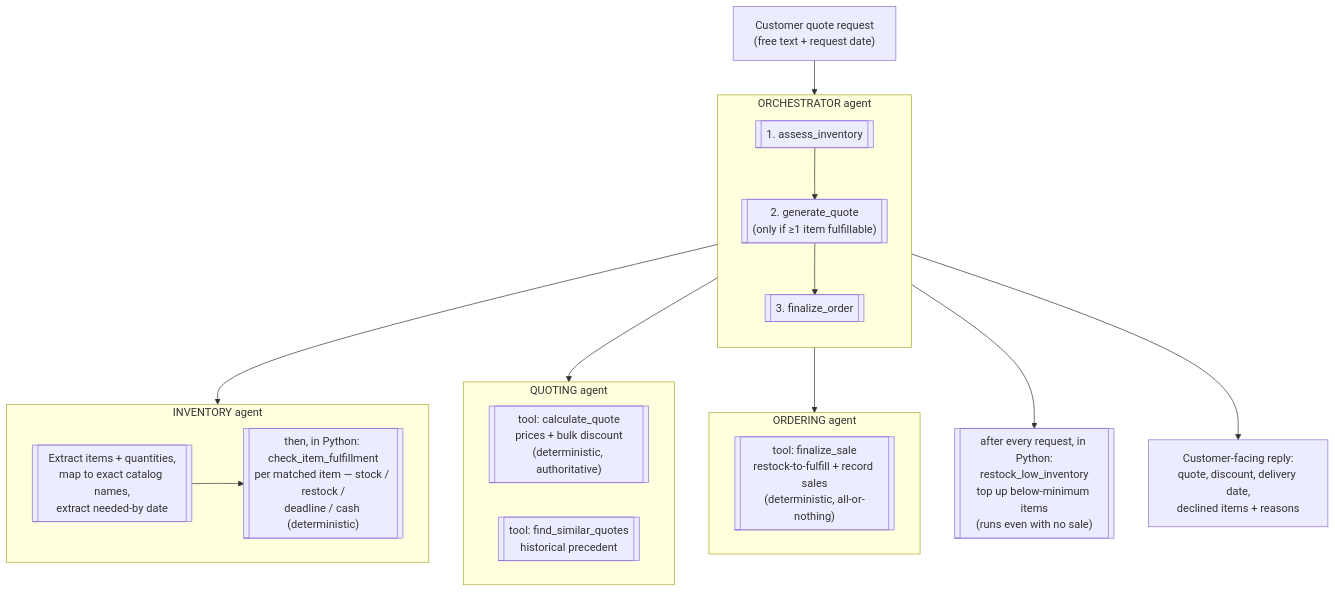
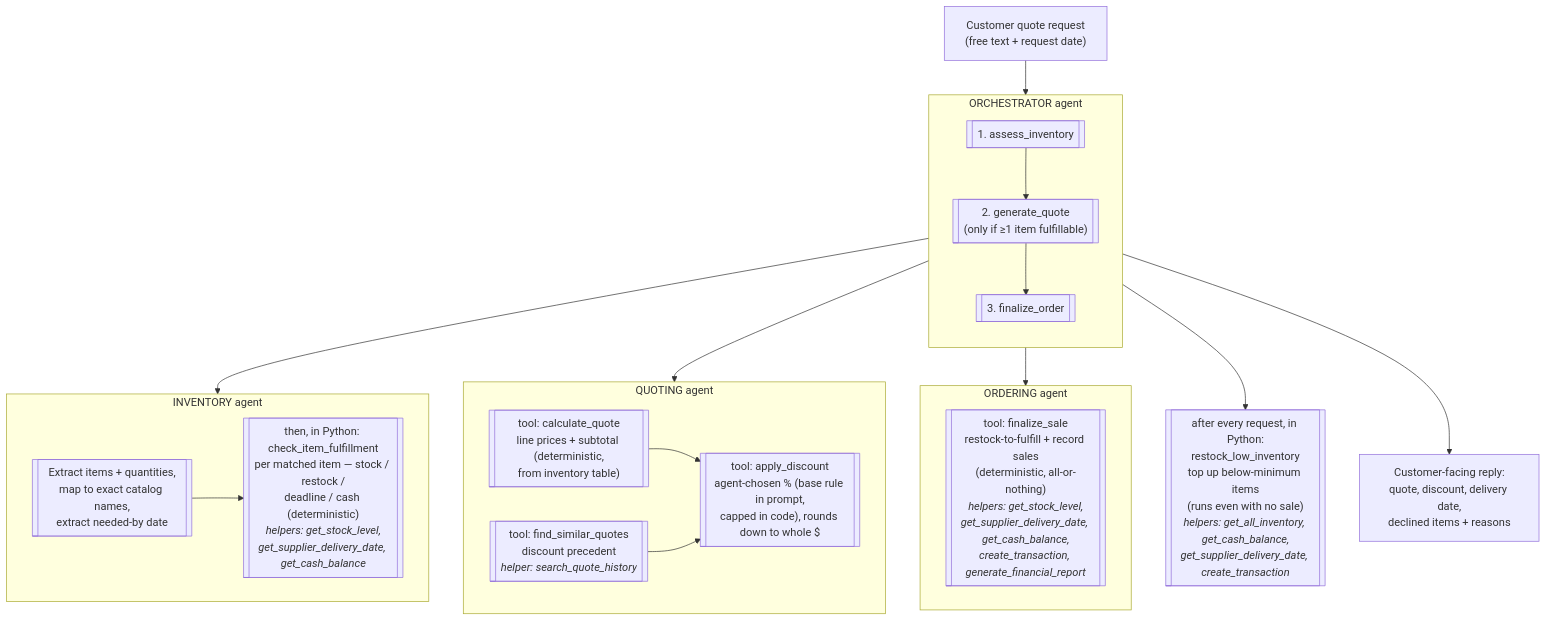
One commit to crijke/udacity-agentic-ai changed the diagram in course4_beavers_choice/workflow_diagram.md. Above: the diagram before and after it, drawn with Mermaid. The commit also changed other lines of this file and 2 other files, not shown here.

Commit message:
feat: enhance financial reporting and inventory management in multi-agent system

````diff
--- a/course4_beavers_choice/workflow_diagram.md
+++ b/course4_beavers_choice/workflow_diagram.md
@@ -3,34 +3,35 @@
 ```mermaid
 flowchart TD
     REQ["Customer quote request<br/>(free text + request date)"] --> ORC
 
     subgraph ORC ["ORCHESTRATOR agent"]
         direction TB
         S1[["1. assess_inventory"]] --> S2[["2. generate_quote<br/>(only if ≥1 item fulfillable)"]] --> S3[["3. finalize_order"]]
     end
 
     S1 --> INV
     S2 --> QUO
     S3 --> ORD
 
     subgraph INV ["INVENTORY agent"]
         I1[["Extract items + quantities,<br/>map to exact catalog names,<br/>extract needed-by date"]]
-        I2[["then, in Python: check_item_fulfillment<br/>per matched item — stock / restock /<br/>deadline / cash (deterministic)"]]
+        I2[["then, in Python: check_item_fulfillment<br/>per matched item — stock / restock /<br/>deadline / cash (deterministic)<br/><i>helpers: get_stock_level,<br/>get_supplier_delivery_date, get_cash_balance</i>"]]
         I1 --> I2
     end
 
     subgraph QUO ["QUOTING agent"]
-        Q1[["tool: calculate_quote<br/>prices + bulk discount<br/>(deterministic, authoritative)"]]
-        Q2[["tool: find_similar_quotes<br/>historical precedent"]]
+        Q1[["tool: calculate_quote<br/>line prices + subtotal (deterministic,<br/>from inventory table)"]]
+        Q2[["tool: find_similar_quotes<br/>discount precedent<br/><i>helper: search_quote_history</i>"]]
+        Q3[["tool: apply_discount<br/>agent-chosen % (base rule in prompt,<br/>capped in code), rounds down to whole $"]]
+        Q1 --> Q3
+        Q2 --> Q3
     end
 
     subgraph ORD ["ORDERING agent"]
-        O1[["tool: finalize_sale<br/>restock-to-fulfill + record sales<br/>(deterministic, all-or-nothing)"]]
+        O1[["tool: finalize_sale<br/>restock-to-fulfill + record sales<br/>(deterministic, all-or-nothing)<br/><i>helpers: get_stock_level,<br/>get_supplier_delivery_date, get_cash_balance,<br/>create_transaction, generate_financial_report</i>"]]
     end
 
-    ORC --> O2[["after every request, in Python:<br/>restock_low_inventory<br/>top up below-minimum items<br/>(runs even with no sale)"]]
-
- 
+    ORC --> O2[["after every request, in Python:<br/>restock_low_inventory<br/>top up below-minimum items<br/>(runs even with no sale)<br/><i>helpers: get_all_inventory, get_cash_balance,<br/>get_supplier_delivery_date, create_transaction</i>"]]
 
     ORC --> REPLY["Customer-facing reply:<br/>quote, discount, delivery date,<br/>declined items + reasons"]
 ```
````
